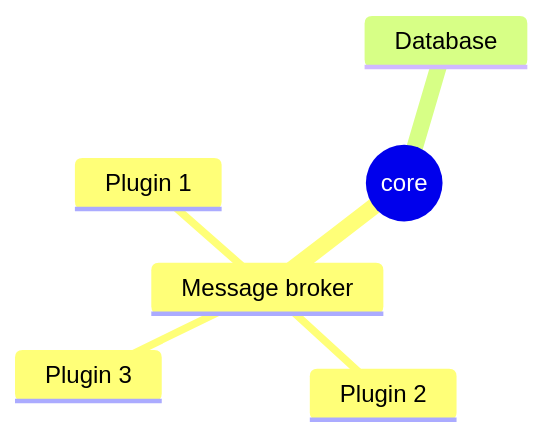
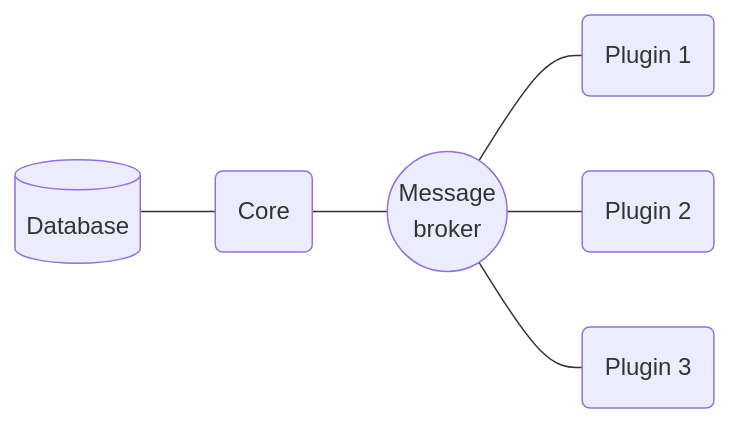
The diagram in content/development/architecture/_index.md (prcore/docs), drawn with Mermaid before and after one commit. The commit also changed 1 other file, not shown here.

Commit message:
Site updated T 21 veebr 2023 20:58:35 EET ...

```diff
--- a/content/development/architecture/_index.md
+++ b/content/development/architecture/_index.md
@@ -6,9 +6,8 @@
 {{< mermaid class="text-center" >}}
-mindmap
-  root((core))
-    Message broker
-      Plugin 1
-      Plugin 2
-      Plugin 3
-    Database
+flowchart LR
+    database[(Database)] --- core(Core)
+    core --- message_broker((Message<br/>broker))
+    message_broker --- plugin1(Plugin 1)
+    message_broker --- plugin2(Plugin 2)
+    message_broker --- plugin3(Plugin 3)
 {{< /mermaid >}}
```
